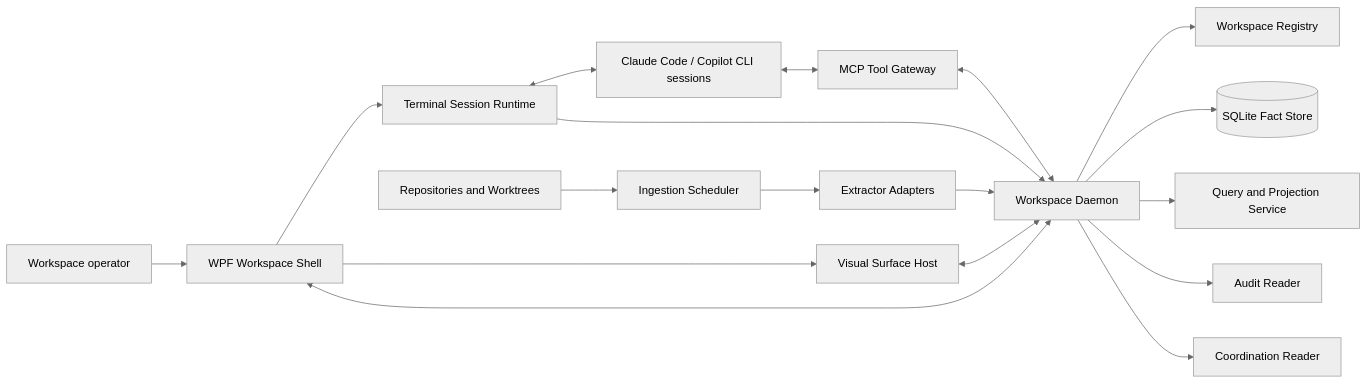
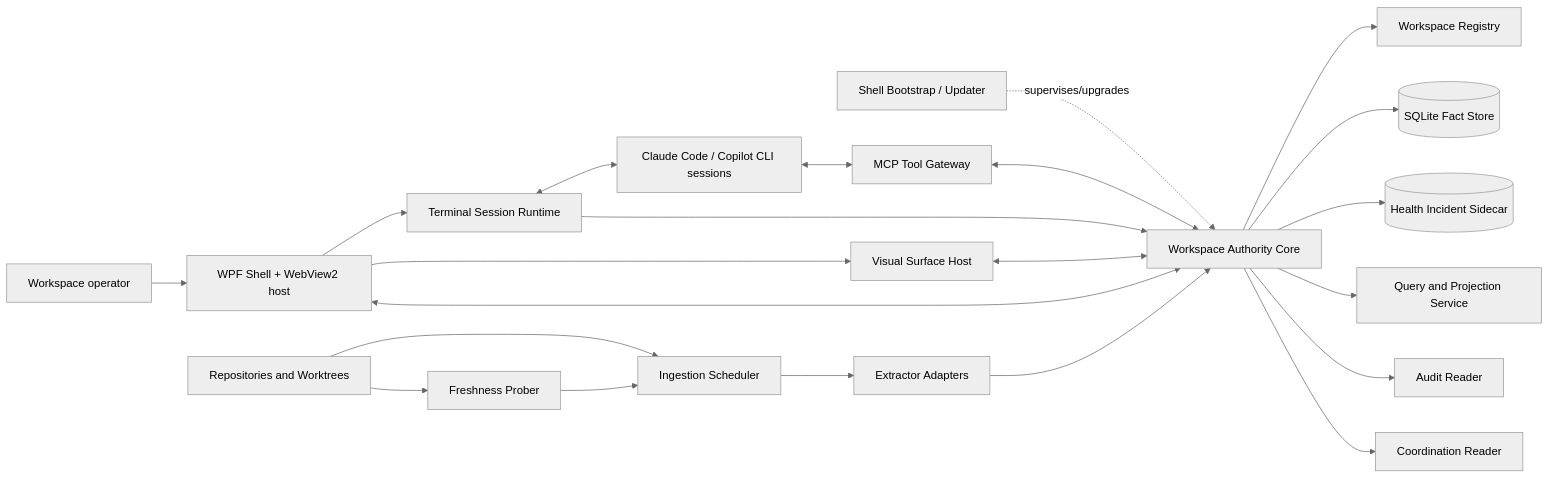
The diagram in docs/architecture.md (timianmalloo/ai-de), drawn with Mermaid (neutral theme) before and after one commit. The commit also changed other lines of this file and 24 other files, not shown here.

First line of the commit message:
docs: redo AI-DE architecture (v2) to clear the council review

````diff
--- a/docs/architecture.md
+++ b/docs/architecture.md
@@ -59,36 +79,43 @@
 ```mermaid
 flowchart LR
   User[Workspace operator]
-  Shell[WPF Workspace Shell]
+  Shell[WPF Shell + WebView2 host]
+  Boot[Shell Bootstrap / Updater]
   Session[Terminal Session Runtime]
   View[Visual Surface Host]
-  Daemon[Workspace Daemon]
+  Core[Workspace Authority Core]
   Registry[Workspace Registry]
   Ingest[Ingestion Scheduler]
+  Freshness[Freshness Prober]
   Extractors[Extractor Adapters]
   Store[(SQLite Fact Store)]
+  Incidents[(Health Incident Sidecar)]
   Projection[Query and Projection Service]
   Audit[Audit Reader]
   Coordination[Coordination Reader]
   Mcp[MCP Tool Gateway]
   Repos[Repositories and Worktrees]
   Agents[Claude Code / Copilot CLI sessions]
 
   User --> Shell
+  Boot -. supervises/upgrades .-> Core
   Shell --> Session
   Shell --> View
-  Shell <--> Daemon
+  Shell <--> Core
   Session <--> Agents
-  Session --> Daemon
-  View <--> Daemon
+  Session --> Core
+  View <--> Core
   Repos --> Ingest
+  Repos --> Freshness
+  Freshness --> Ingest
   Ingest --> Extractors
-  Extractors --> Daemon
-  Daemon --> Registry
-  Daemon --> Store
-  Daemon --> Projection
-  Daemon --> Audit
-  Daemon --> Coordination
-  Mcp <--> Daemon
+  Extractors --> Core
+  Core --> Registry
+  Core --> Store
+  Core --> Incidents
+  Core --> Projection
+  Core --> Audit
+  Core --> Coordination
+  Mcp <--> Core
   Agents <--> Mcp
 ```
````
